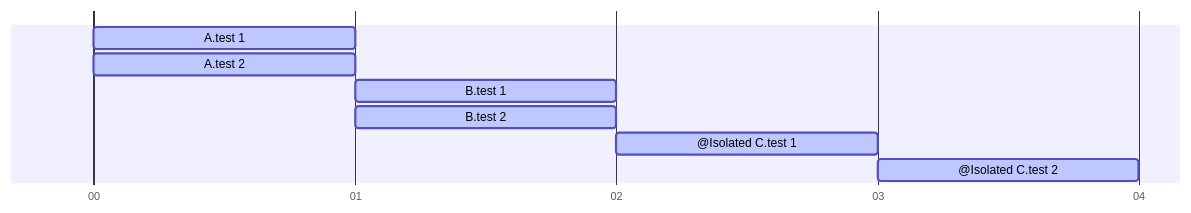
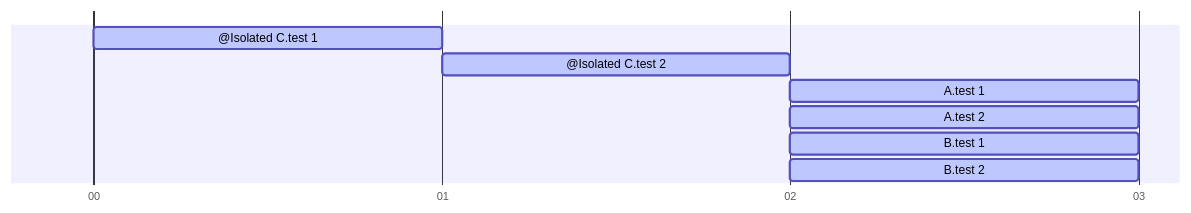
Before and after one commit to allegro/parallel-test-execution-workshop: the fifth of 5 diagrams in part1.0-introduction/.readme/diagrams.md, drawn with Mermaid. The commit also changed 2 other files, not shown here.

Commit message:
Better diagrams in part1.0-introduction

````diff
--- a/part1.0-introduction/.readme/diagrams.md
+++ b/part1.0-introduction/.readme/diagrams.md
@@ -63,13 +63,13 @@
 ```mermaid
 gantt
     dateFormat HH
     axisFormat %H
     tickInterval 1hour
 %%  start: milestone, 00, 0h
-    A.test 1: active, 00, 01
-    A.test 2: active, 00, 01
-    B.test 1: active, 01, 02
-    B.test 2: active, 01, 02
-    @Isolated C.test 1: active, 02, 03
-    @Isolated C.test 2: active, 03, 04
+    @Isolated C.test 1: active, 00, 01
+    @Isolated C.test 2: active, 01, 02
+    A.test 1: active, 02, 03
+    A.test 2: active, 02, 03
+    B.test 1: active, 02, 03
+    B.test 2: active, 02, 03
 ```
````
